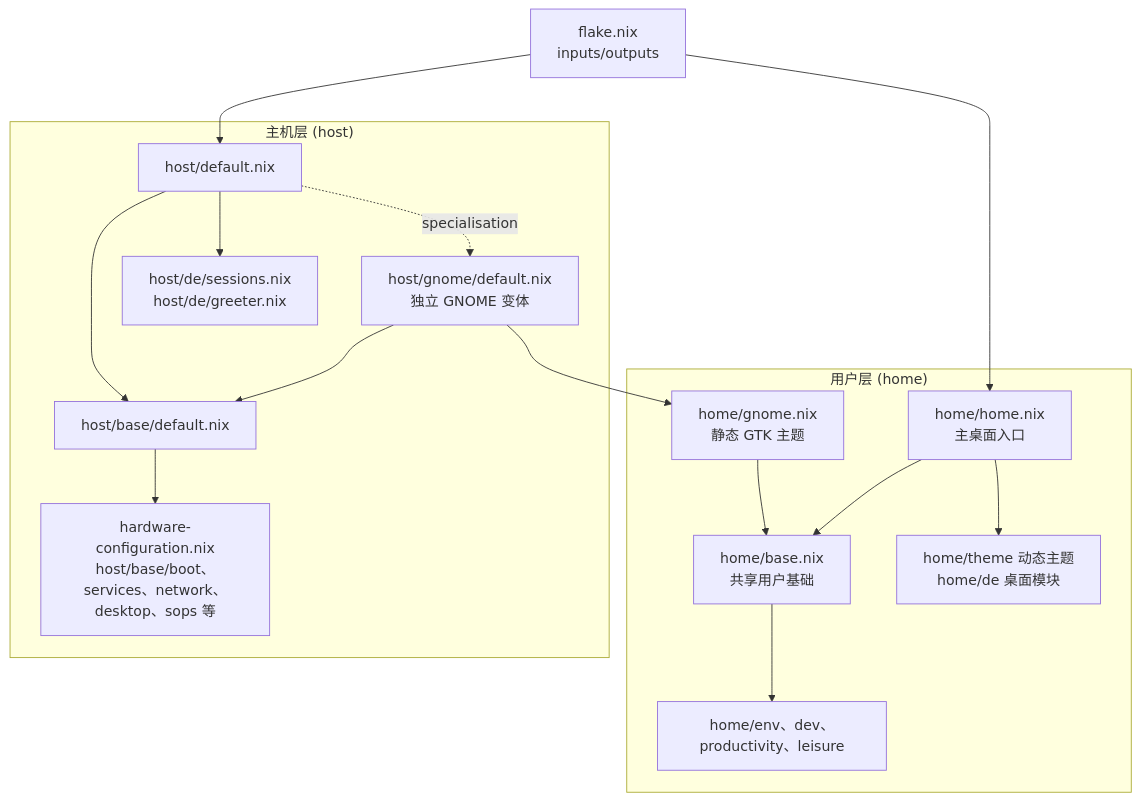
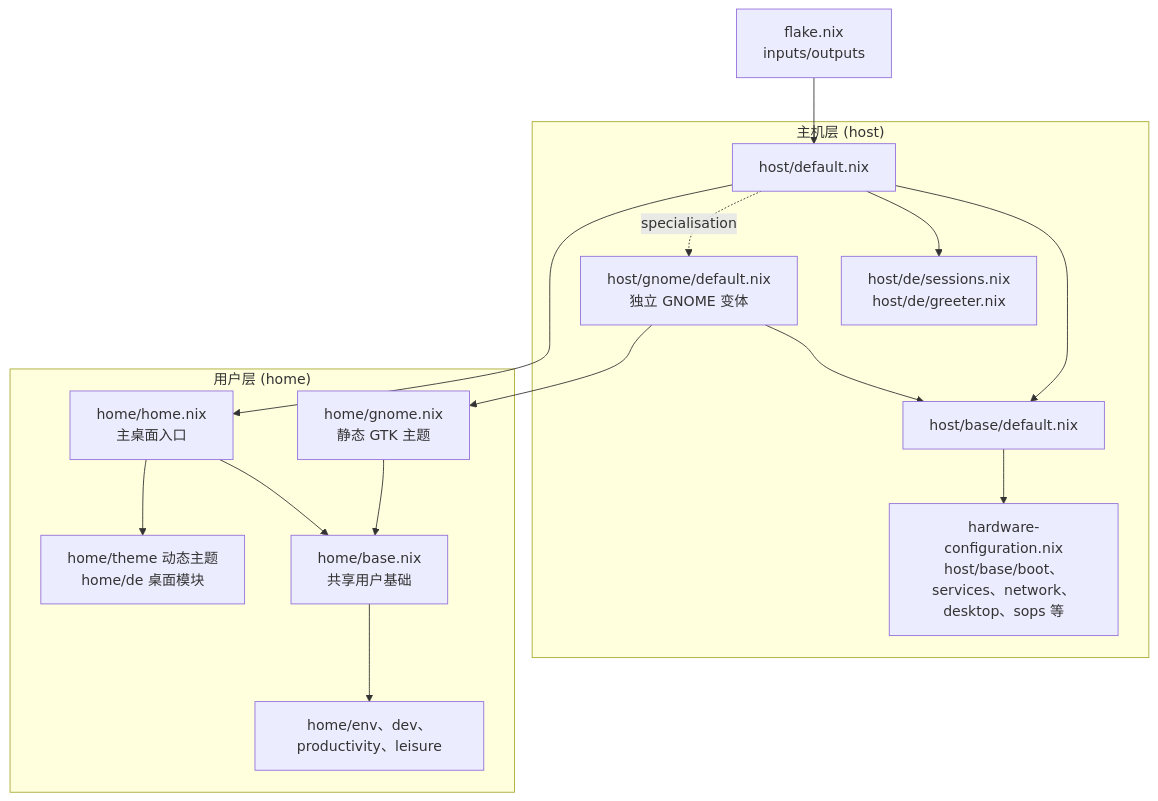
One commit to Shangshui0302/myNixOSConfig changed the first of 3 diagrams in wiki/architecture/index.md. Above: the diagram before and after it, drawn with Mermaid. The commit also changed other lines of this file and 11 other files, not shown here.

````diff
--- a/wiki/architecture/index.md
+++ b/wiki/architecture/index.md
@@ -33,30 +34,30 @@
 ```mermaid
 graph TB
 F["flake.nix<br/>inputs/outputs"]
 subgraph "主机层 (host)"
 H1["host/default.nix"]
 HB["host/base/default.nix"]
 HC["hardware-configuration.nix<br/>host/base/boot、services、network、desktop、sops 等"]
 HD["host/de/sessions.nix<br/>host/de/greeter.nix"]
 HG["host/gnome/default.nix<br/>独立 GNOME 变体"]
 end
 subgraph "用户层 (home)"
 U1["home/home.nix<br/>主桌面入口"]
 UB["home/base.nix<br/>共享用户基础"]
 UC["home/env、dev、productivity、leisure"]
 UD["home/theme 动态主题<br/>home/de 桌面模块"]
 UG["home/gnome.nix<br/>静态 GTK 主题"]
 end
 F --> H1
 H1 --> HB
 HB --> HC
 H1 --> HD
 H1 -. specialisation .-> HG
 HG --> HB
-F --> U1
+H1 --> U1
 U1 --> UB
 UB --> UC
 U1 --> UD
 HG --> UG
 UG --> UB
 ```
````
